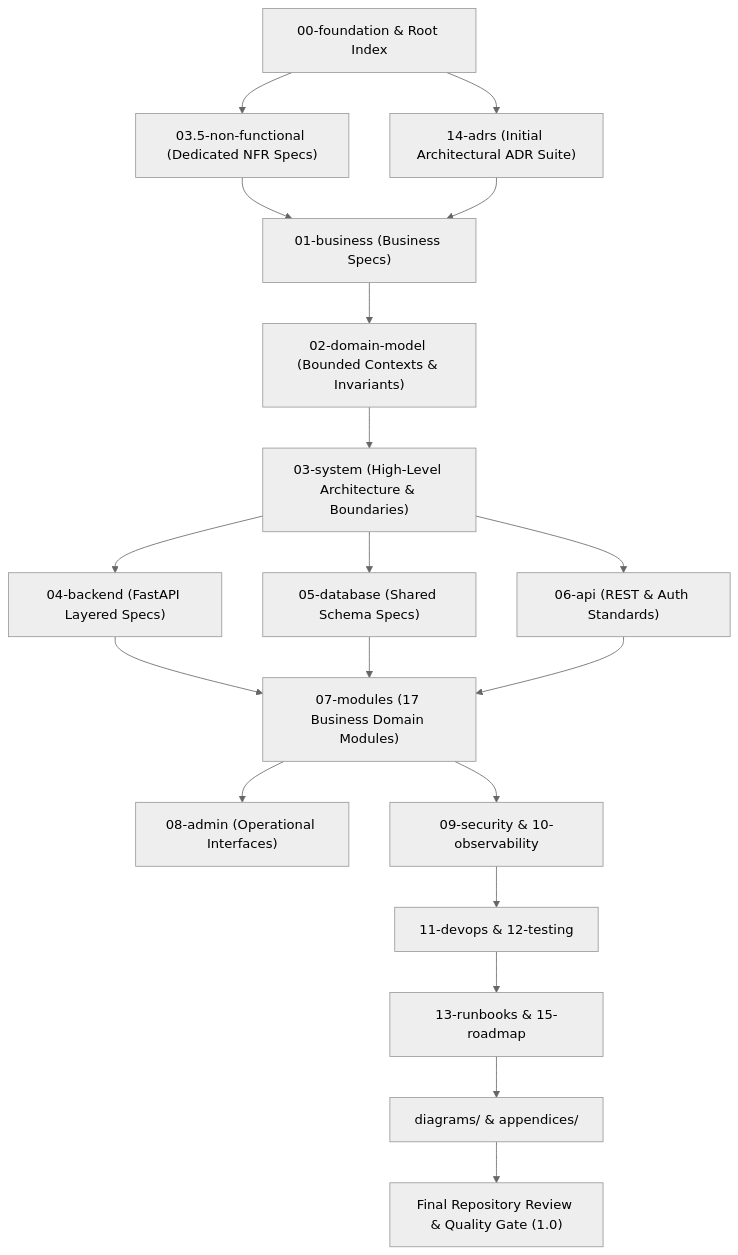
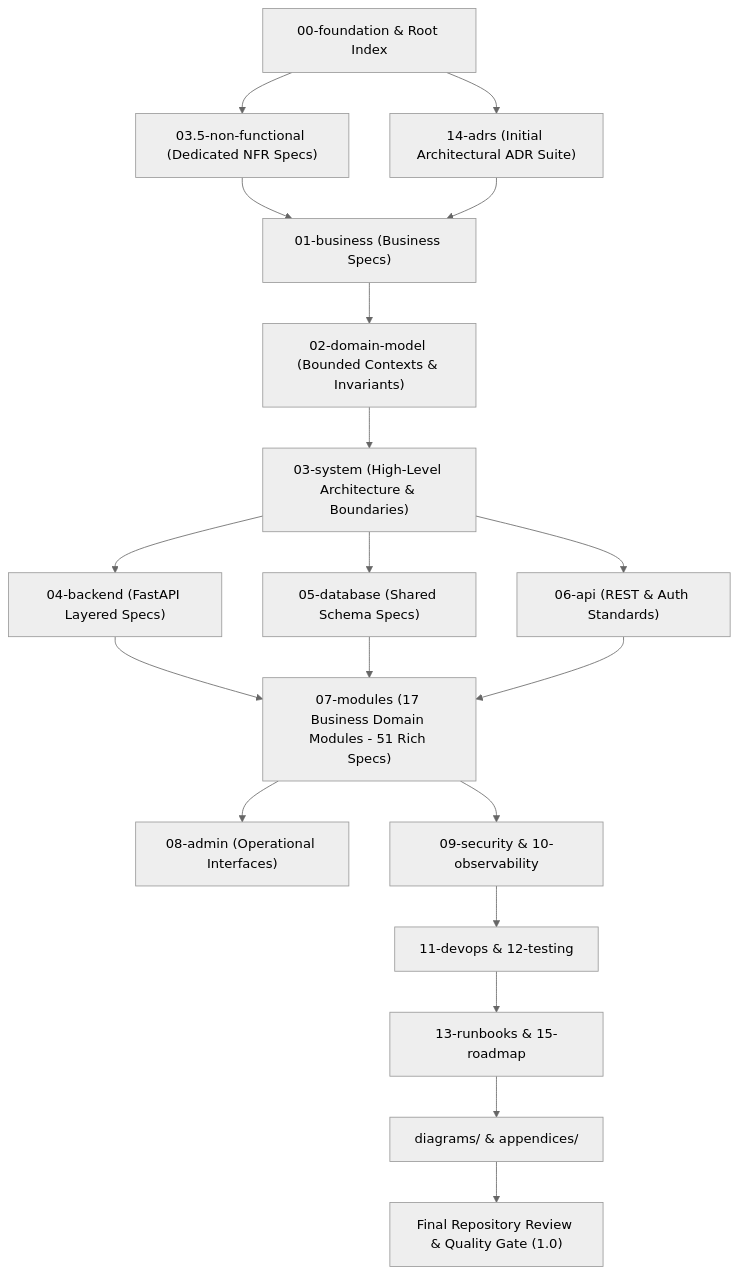
One commit to LMx-Labs/saturdays-backend changed the diagram in architecture/EXECUTION_PLAN.md. Above: the diagram before and after it, drawn with Mermaid (neutral theme). The commit also changed other lines of this file and 2 other files, not shown here.

First line of the commit message:
feat: Add initial architecture documentation and project state tracking

````diff
--- a/architecture/EXECUTION_PLAN.md
+++ b/architecture/EXECUTION_PLAN.md
@@ -386,21 +317,21 @@
 ```mermaid
 graph TD
     A["00-foundation & Root Index"] --> B["03.5-non-functional (Dedicated NFR Specs)"]
     A --> C["14-adrs (Initial Architectural ADR Suite)"]
     B --> D["01-business (Business Specs)"]
     C --> D
     D --> E["02-domain-model (Bounded Contexts & Invariants)"]
     E --> F["03-system (High-Level Architecture & Boundaries)"]
     F --> G["04-backend (FastAPI Layered Specs)"]
     F --> H["05-database (Shared Schema Specs)"]
     F --> I["06-api (REST & Auth Standards)"]
-    G --> J["07-modules (17 Business Domain Modules)"]
+    G --> J["07-modules (17 Business Domain Modules - 51 Rich Specs)"]
     H --> J
     I --> J
     J --> K["08-admin (Operational Interfaces)"]
     J --> L["09-security & 10-observability"]
     L --> M["11-devops & 12-testing"]
     M --> N["13-runbooks & 15-roadmap"]
     N --> O["diagrams/ & appendices/"]
     O --> P["Final Repository Review & Quality Gate (1.0)"]
 ```
````
